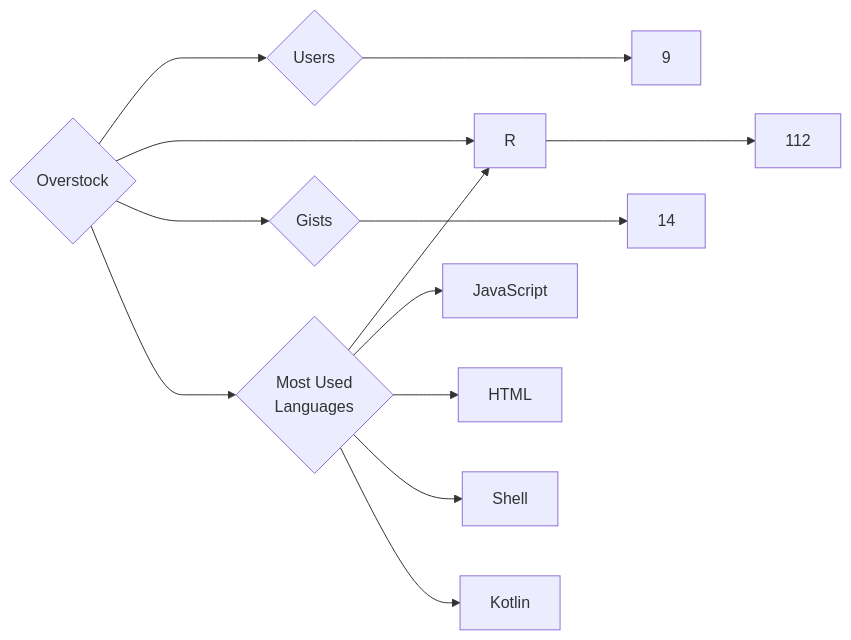
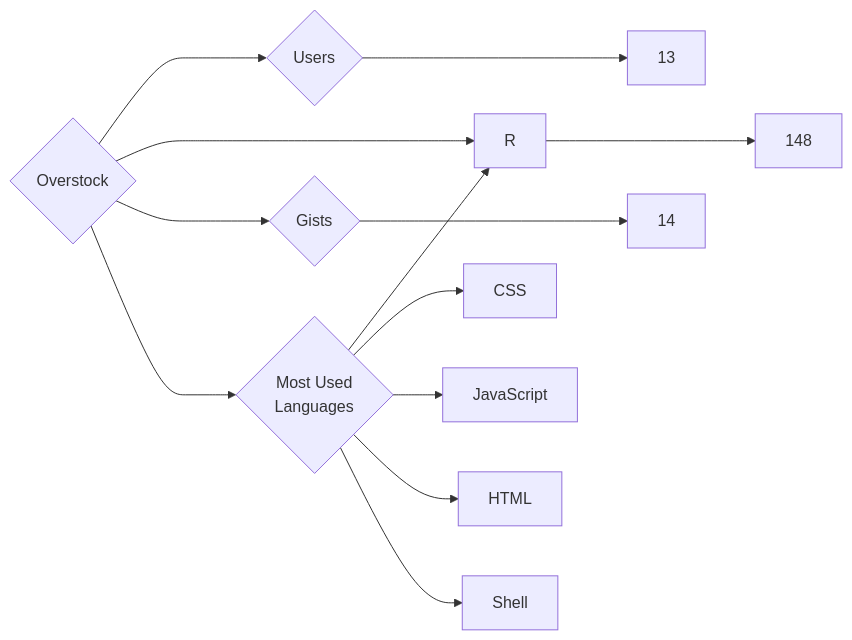
The diagram in targets/Overstock/README.md (trickest/insiders), drawn with Mermaid before and after one commit. The commit also changed 851 other files, not shown here.

````diff
--- a/targets/Overstock/README.md
+++ b/targets/Overstock/README.md
@@ -3,13 +3,13 @@
 ```mermaid
 graph LR
 COMPANY_NAME{Overstock}
-COMPANY_NAME ---> U{Users} ---> UN[9]
-COMPANY_NAME ---> R{Repositories} ---> RN[112]
+COMPANY_NAME ---> U{Users} ---> UN[13]
+COMPANY_NAME ---> R{Repositories} ---> RN[148]
 COMPANY_NAME ---> G{Gists} ---> GN[14]
 COMPANY_NAME ---> ML{Most Used<br>Languages}
 ML --> R[R]
+ML --> CSS[CSS]
 ML --> JavaScript[JavaScript]
 ML --> HTML[HTML]
 ML --> Shell[Shell]
-ML --> Kotlin[Kotlin]
 ```
````
